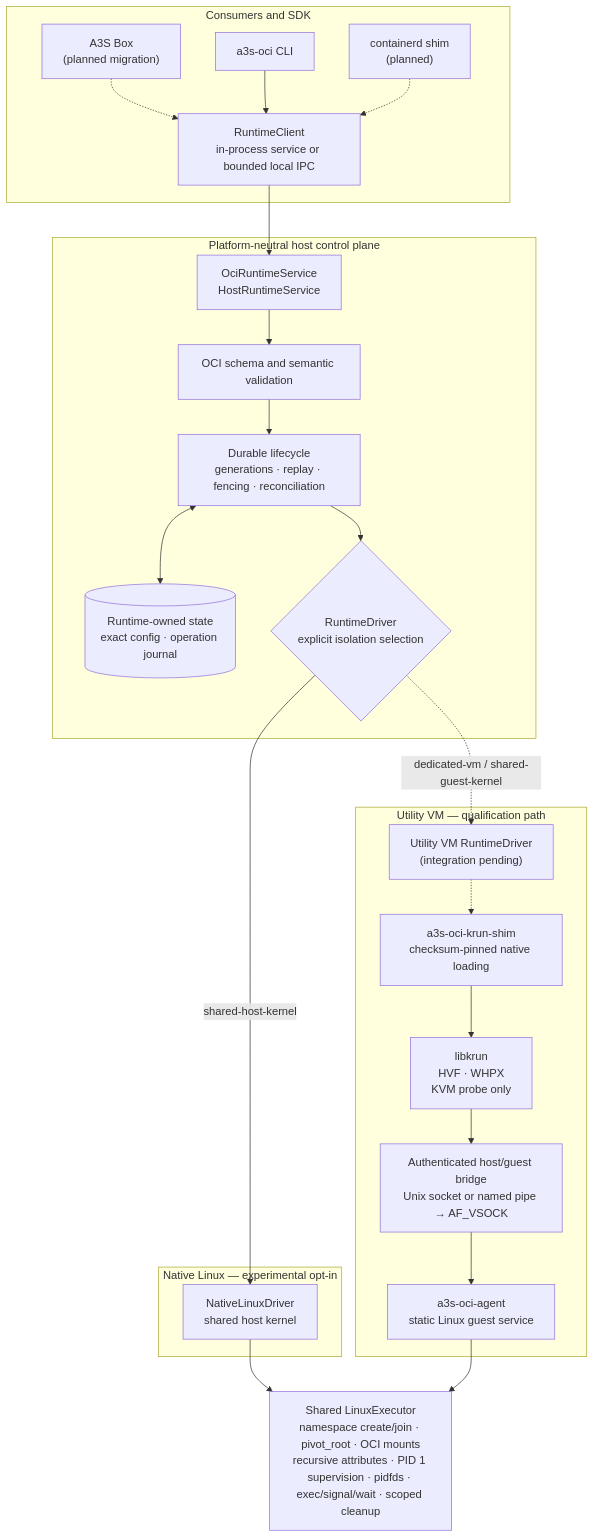
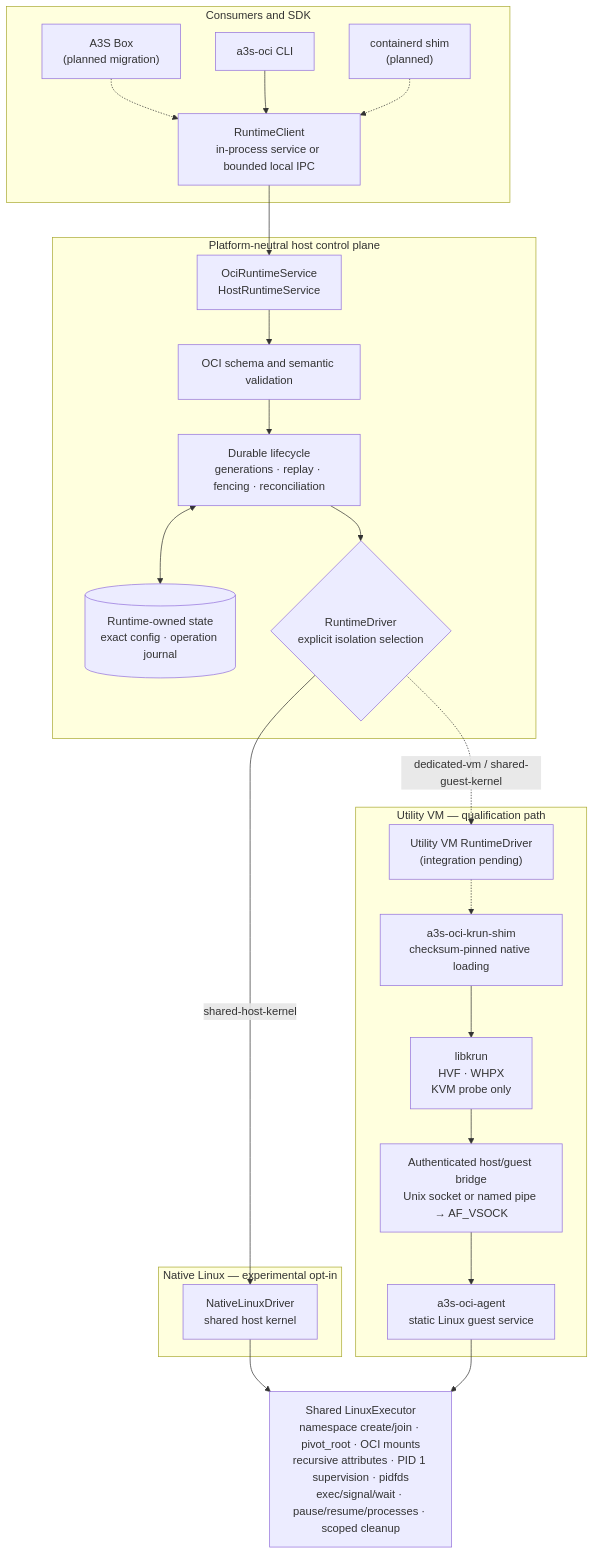
Before and after one commit to A3S-Lab/OCI-Runtime: the diagram in README.md, drawn with Mermaid. The commit also changed other lines of this file and 52 other files, not shown here.

````diff
--- a/README.md
+++ b/README.md
@@ -545,46 +561,46 @@
 ```mermaid
 flowchart TB
     subgraph consumers["Consumers and SDK"]
         box["A3S Box<br/>(planned migration)"]
         cli["a3s-oci CLI"]
         containerd["containerd shim<br/>(planned)"]
         client["RuntimeClient<br/>in-process service or bounded local IPC"]
         box -.-> client
         cli --> client
         containerd -.-> client
     end
 
     subgraph control["Platform-neutral host control plane"]
         service["OciRuntimeService<br/>HostRuntimeService"]
         validation["OCI schema and semantic validation"]
         lifecycle["Durable lifecycle<br/>generations · replay · fencing · reconciliation"]
         state[("Runtime-owned state<br/>exact config · operation journal")]
         selection{"RuntimeDriver<br/>explicit isolation selection"}
 
         service --> validation --> lifecycle --> selection
         lifecycle <--> state
     end
 
     subgraph native["Native Linux — experimental opt-in"]
         native_driver["NativeLinuxDriver<br/>shared host kernel"]
     end
 
     subgraph utility["Utility VM — qualification path"]
         utility_driver["Utility VM RuntimeDriver<br/>(integration pending)"]
         shim["a3s-oci-krun-shim<br/>checksum-pinned native loading"]
         hypervisor["libkrun<br/>HVF · WHPX<br/>KVM probe only"]
         bridge["Authenticated host/guest bridge<br/>Unix socket or named pipe → AF_VSOCK"]
         agent["a3s-oci-agent<br/>static Linux guest service"]
 
         utility_driver -.-> shim
         shim --> hypervisor --> bridge --> agent
     end
 
-    executor["Shared LinuxExecutor<br/>namespace create/join · pivot_root · OCI mounts<br/>recursive attributes · PID 1 supervision · pidfds · exec/signal/wait · scoped cleanup"]
+    executor["Shared LinuxExecutor<br/>namespace create/join · pivot_root · OCI mounts<br/>recursive attributes · PID 1 supervision · pidfds<br/>exec/signal/wait · pause/resume/processes · scoped cleanup"]
 
     client --> service
     selection -->|"shared-host-kernel"| native_driver
     selection -.->|"dedicated-vm / shared-guest-kernel"| utility_driver
     native_driver --> executor
     agent --> executor
 ```
````
